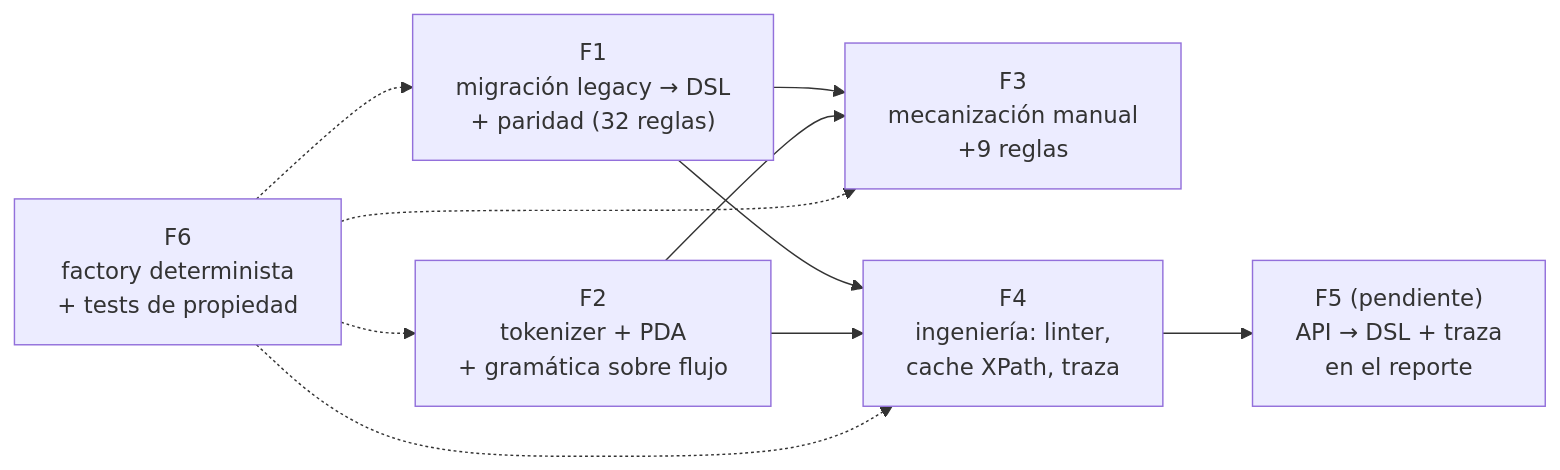
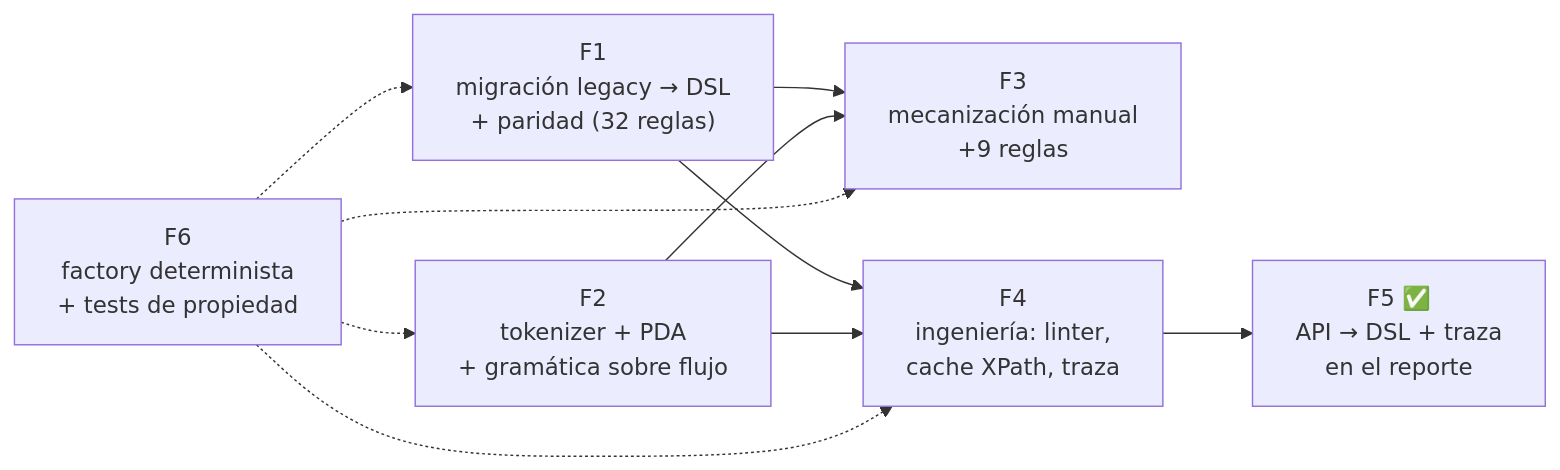
The second of 2 diagrams in docs/diseno/00_indice_diseno.md (IvanSanchezSil/vistobueno), drawn with Mermaid before and after one commit. The commit also changed other lines of this file and 41 other files, not shown here.

````diff
--- a/docs/diseno/00_indice_diseno.md
+++ b/docs/diseno/00_indice_diseno.md
@@ -87,19 +94,19 @@
 ```mermaid
 flowchart LR
     F1["F1<br/>migración legacy → DSL<br/>+ paridad (32 reglas)"]
     F2["F2<br/>tokenizer + PDA<br/>+ gramática sobre flujo"]
     F3["F3<br/>mecanización manual<br/>+9 reglas"]
     F4["F4<br/>ingeniería: linter,<br/>cache XPath, traza"]
-    F5["F5 (pendiente)<br/>API → DSL + traza<br/>en el reporte"]
+    F5["F5 ✅<br/>API → DSL + traza<br/>en el reporte"]
     F6["F6<br/>factory determinista<br/>+ tests de propiedad"]
 
     F1 --> F4
     F1 --> F3
     F2 --> F3
     F2 --> F4
     F4 --> F5
     F6 -.-> F1
     F6 -.-> F2
     F6 -.-> F3
     F6 -.-> F4
 ```
````
